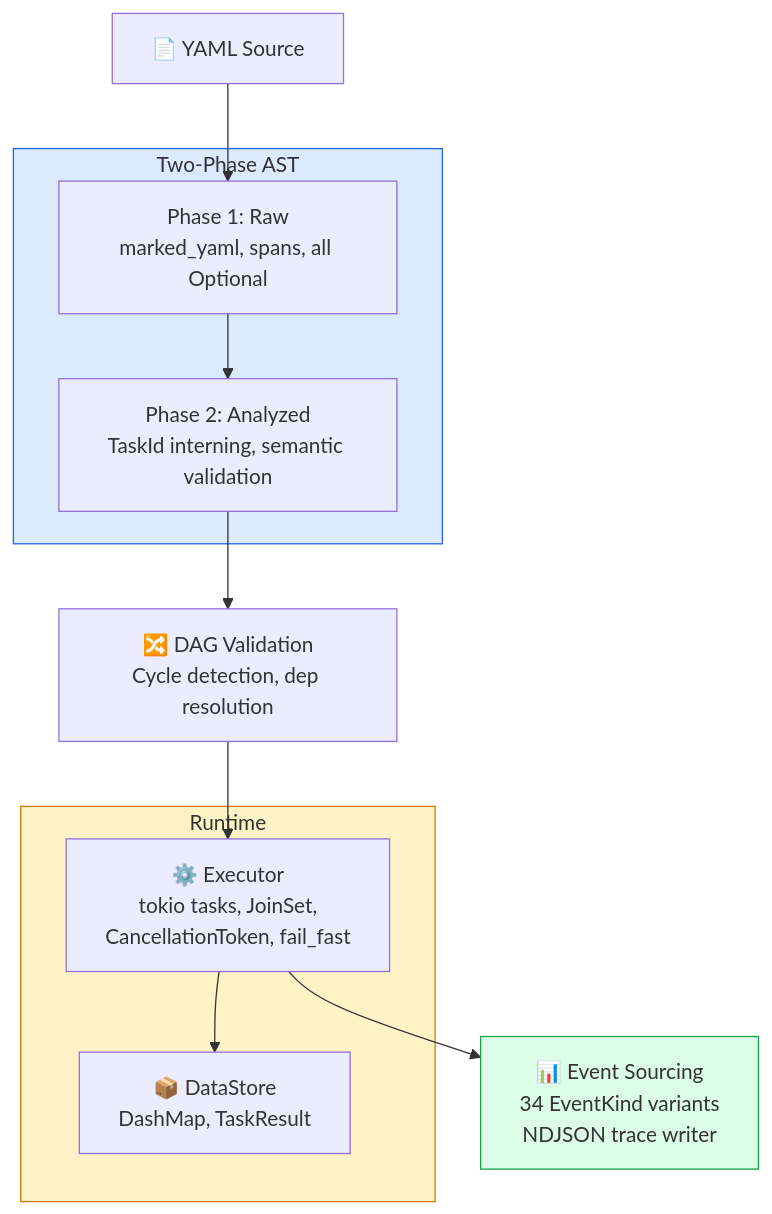
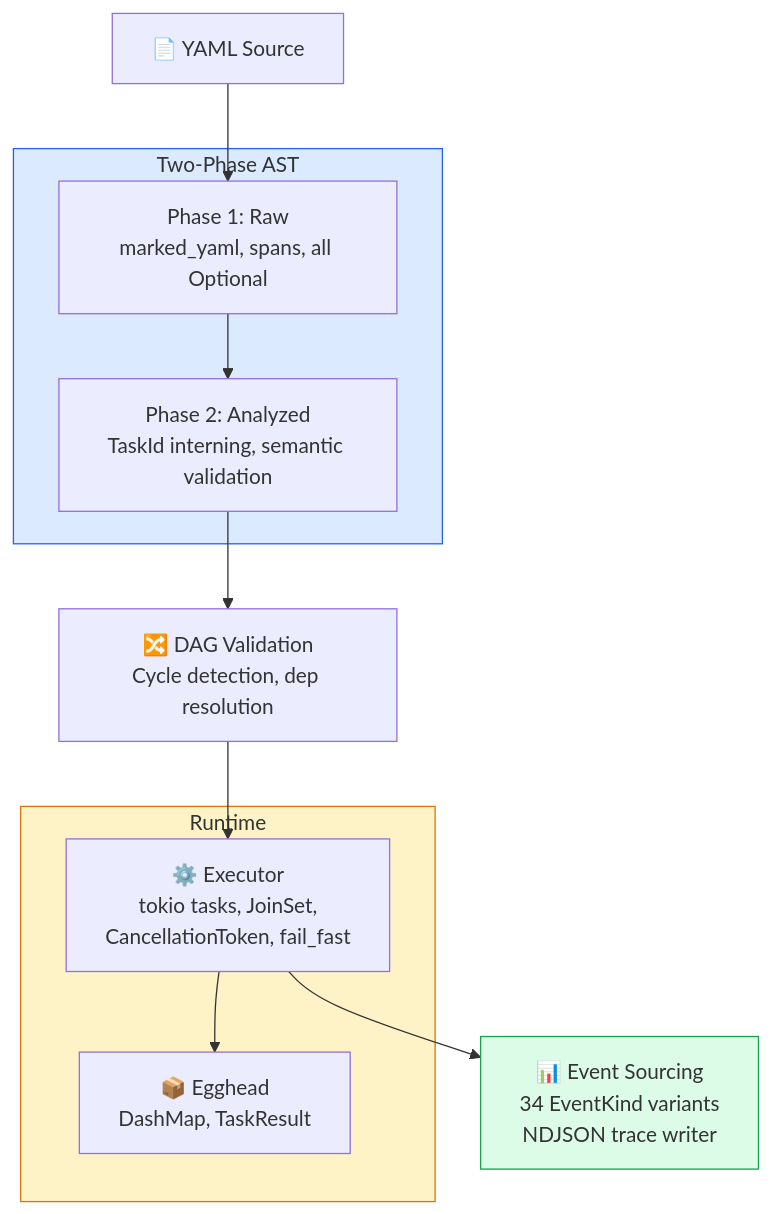
Before and after one commit to supernovae-st/nika: the first of 6 diagrams in docs/brainstorm/nika-evolution/01-current-features.md, drawn with Mermaid. The commit also changed 12 other files, not shown here.

````diff
--- a/docs/brainstorm/nika-evolution/01-current-features.md
+++ b/docs/brainstorm/nika-evolution/01-current-features.md
@@ -16,23 +16,23 @@
 ```mermaid
 flowchart TB
     YAML["📄 YAML Source"] --> P1
 
     subgraph AST["Two-Phase AST"]
         P1["Phase 1: Raw\nmarked_yaml, spans, all Optional"]
         P1 --> P2["Phase 2: Analyzed\nTaskId interning, semantic validation"]
     end
 
     P2 --> DAG["🔀 DAG Validation\nCycle detection, dep resolution"]
     DAG --> EXEC
 
     subgraph RUNTIME["Runtime"]
         EXEC["⚙️ Executor\ntokio tasks, JoinSet,\nCancellationToken, fail_fast"]
-        EXEC --> STORE["📦 DataStore\nDashMap, TaskResult"]
+        EXEC --> STORE["📦 Egghead\nDashMap, TaskResult"]
     end
 
     EXEC --> EVENTS["📊 Event Sourcing\n34 EventKind variants\nNDJSON trace writer"]
 
     style AST fill:#dbeafe,stroke:#2563eb
     style RUNTIME fill:#fef3c7,stroke:#d97706
     style EVENTS fill:#dcfce7,stroke:#16a34a
 ```
````
